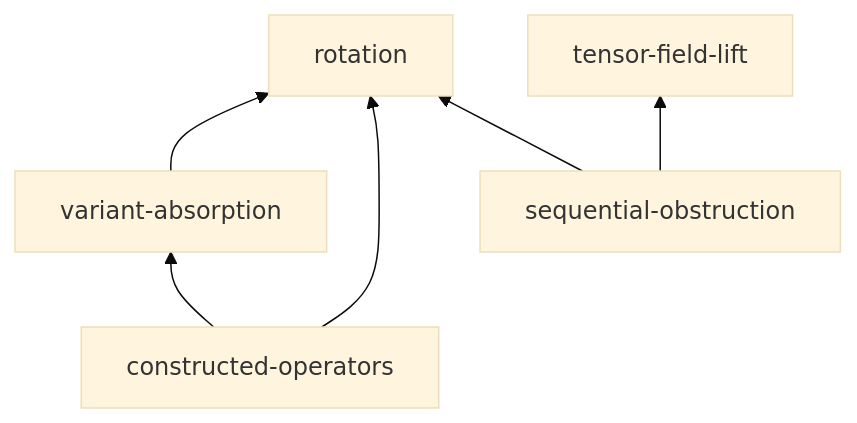
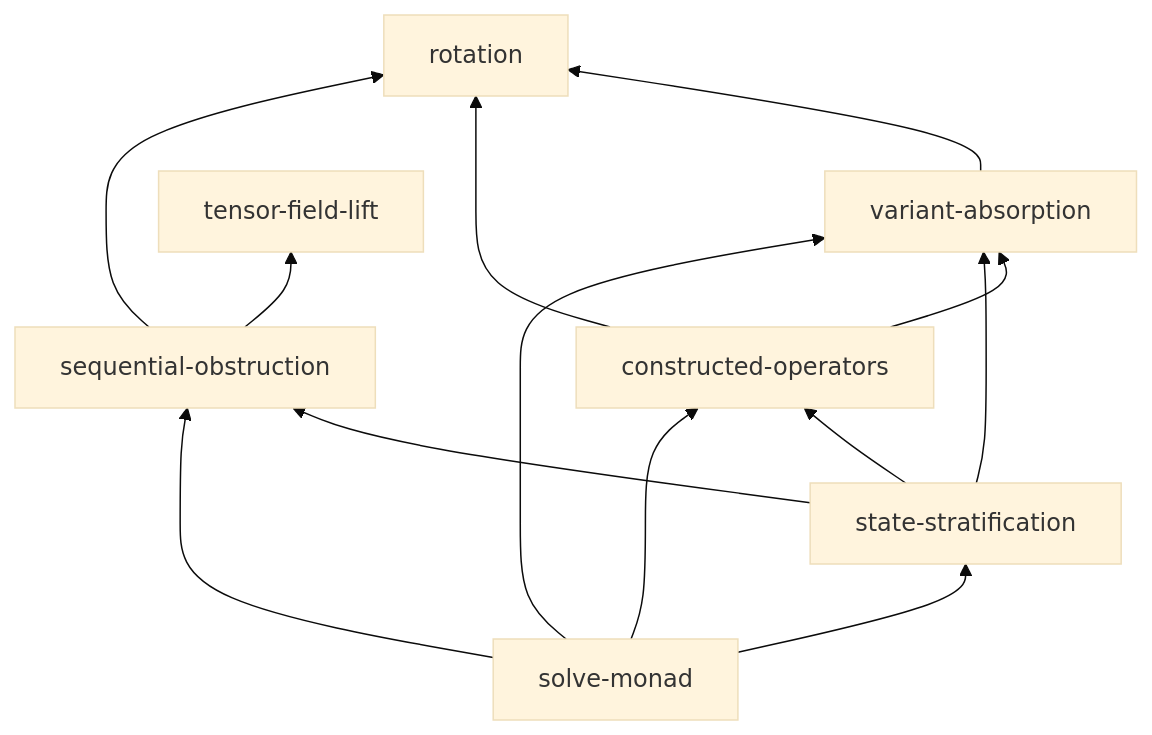
One commit to crutcher/palace_whiteroom changed the first of 5 diagrams in book/src/concepts/dependency-map.md. Above: the diagram before and after it, drawn with Mermaid (base theme). The commit also changed other lines of this file and 3 other files, not shown here.

````diff
--- a/book/src/concepts/dependency-map.md
+++ b/book/src/concepts/dependency-map.md
@@ -15,8 +15,15 @@
 ```mermaid
 graph BT
   variant-absorption --> rotation
   constructed-operators --> rotation
   constructed-operators --> variant-absorption
   sequential-obstruction --> rotation
   sequential-obstruction --> tensor-field-lift
+  state-stratification --> variant-absorption
+  state-stratification --> constructed-operators
+  state-stratification --> sequential-obstruction
+  solve-monad --> state-stratification
+  solve-monad --> sequential-obstruction
+  solve-monad --> constructed-operators
+  solve-monad --> variant-absorption
 ```
````
